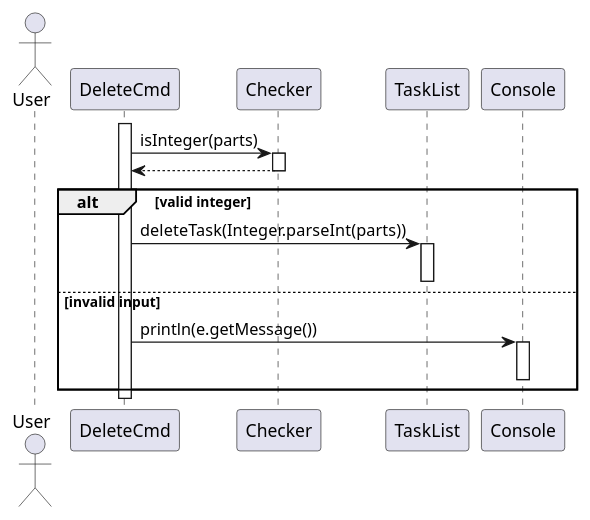
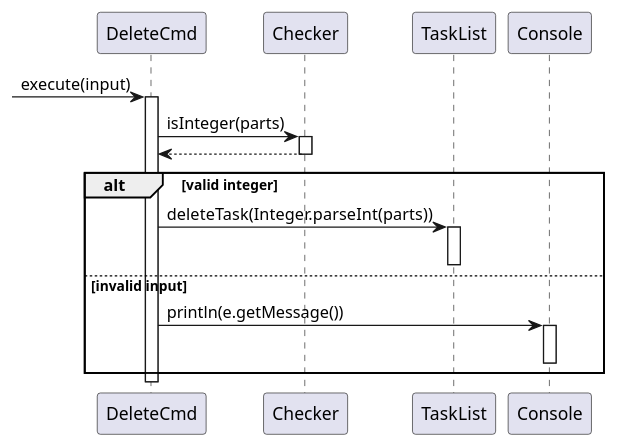
The diagram in docs/diagrams/tasklistcommands/DeleteTaskCommandSequenceDiagram.puml (wongyihao02/tp), drawn with PlantUML before and after one commit. The commit also changed 19 other files, not shown here.

Commit message:
Edit sequence diagrams for taskcommands

```diff
--- a/docs/diagrams/tasklistcommands/DeleteTaskCommandSequenceDiagram.puml
+++ b/docs/diagrams/tasklistcommands/DeleteTaskCommandSequenceDiagram.puml
@@ -1,23 +1,22 @@
 @startuml
 'https://plantuml.com/sequence-diagram
 
-actor User
+-> DeleteCmd : execute(input)
 activate DeleteCmd
 
 DeleteCmd -> Checker : isInteger(parts)
 activate Checker
 Checker --> DeleteCmd
 deactivate Checker
 
 alt valid integer
     DeleteCmd -> TaskList : deleteTask(Integer.parseInt(parts))
     activate TaskList
     deactivate TaskList
 else invalid input
     DeleteCmd -> Console : println(e.getMessage())
     activate Console
     deactivate Console
 end
-
 deactivate DeleteCmd
 @enduml
```
